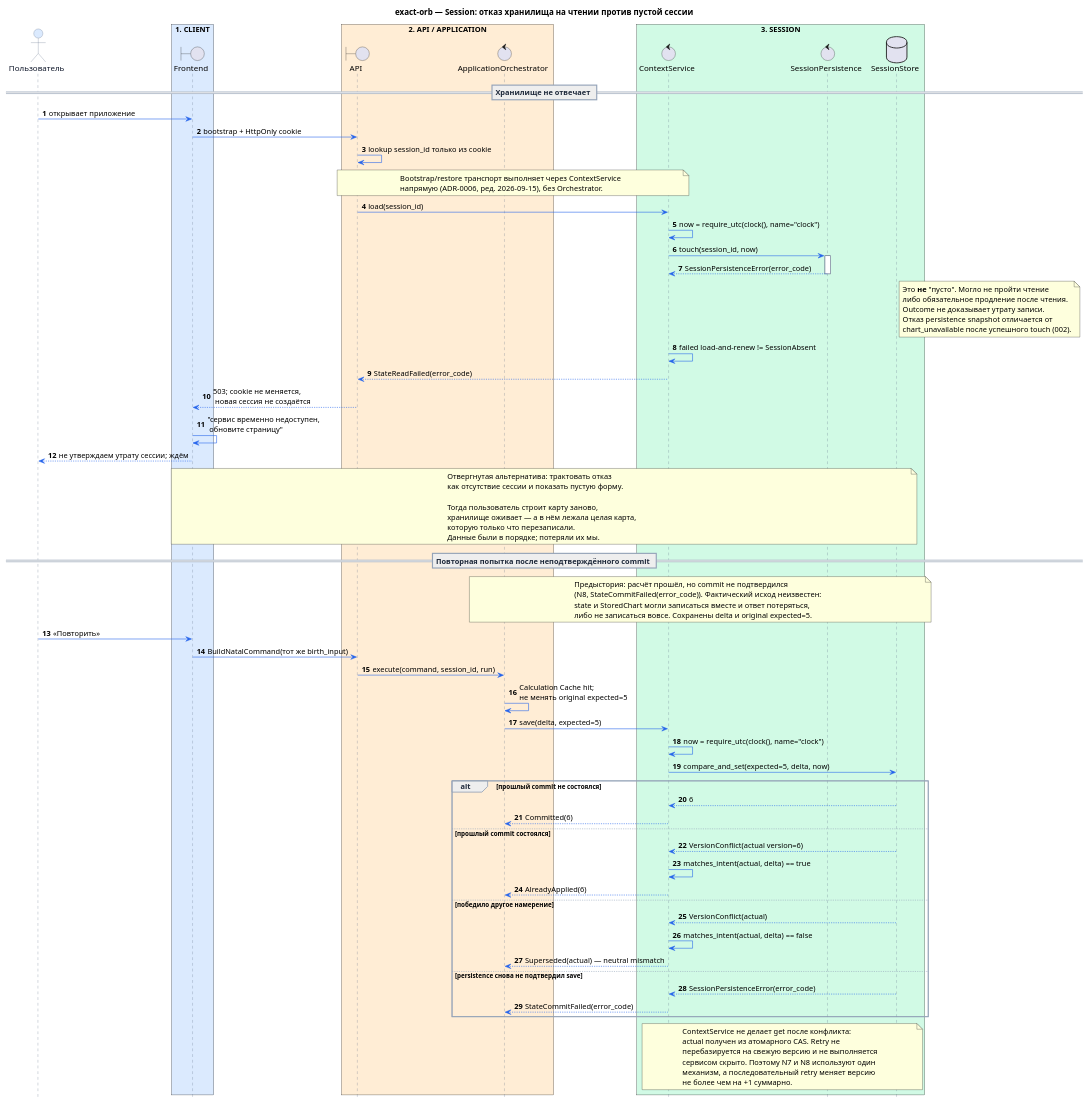
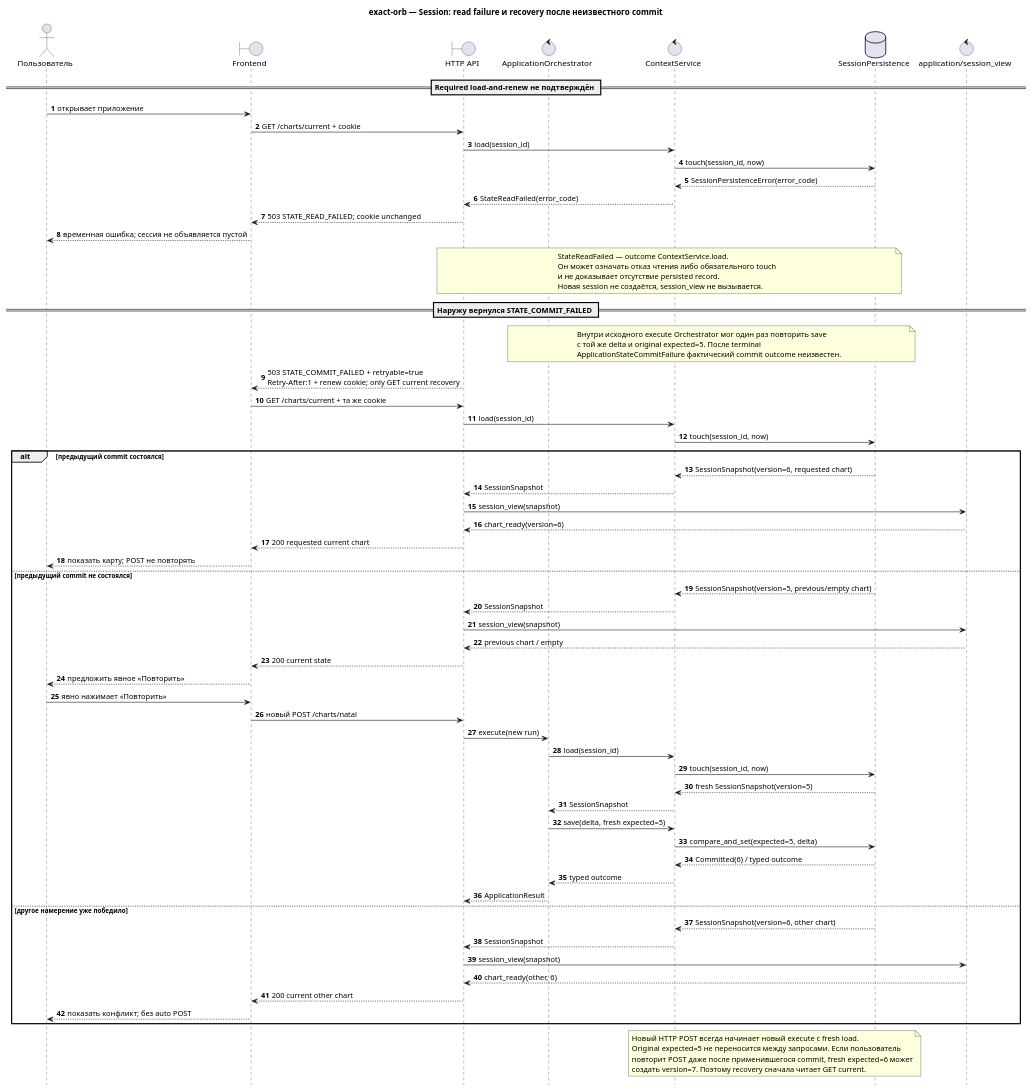
The diagram in docs/sequence_diagrams/session/003-session-store-read-failure.puml (ksenia-baranova/exact-orb-demo), drawn with PlantUML before and after one commit. The commit also changed 36 other files, not shown here.

First line of the commit message:
docs: define HTTP API and session middleware contract

```diff
--- a/docs/sequence_diagrams/session/003-session-store-read-failure.puml
+++ b/docs/sequence_diagrams/session/003-session-store-read-failure.puml
@@ -1,143 +1,91 @@
 @startuml
-title exact-orb — Session: отказ хранилища на чтении против пустой сессии
-
-' N8 описывает отказ при записи. Этот случай — отказ при ЧТЕНИИ,
-' и он опаснее: "не смог ответить" легко перепутать с "пусто",
-' а цена ошибки несимметрична.
+title exact-orb — Session: read failure и recovery после неизвестного commit
 
 autonumber
 hide footbox
-
 skinparam shadowing false
 skinparam responseMessageBelowArrow true
 
-skinparam sequence {
-    ArrowColor #2563EB
-    LifeLineBorderColor #64748B
-    LifeLineBackgroundColor #FFFFFF
+actor "Пользователь" as User
+boundary "Frontend" as FE
+boundary "HTTP API" as API
+control "ApplicationOrchestrator" as Orch
+control "ContextService" as Context
+database "SessionPersistence" as Store
+control "application/session_view" as View
 
-    ParticipantBorderColor #64748B
-    ParticipantFontColor #0F172A
-    ParticipantBackgroundColor #F8FAFC
-
-    ActorBorderColor #64748B
-    ActorFontColor #0F172A
-    ActorBackgroundColor #DBEAFE
-
-    GroupBorderColor #94A3B8
-    GroupHeaderFontColor #1E293B
-
-    DividerBorderColor #94A3B8
-    DividerFontColor #1E293B
-
-    NoteBorderColor #94A3B8
-    NoteBackgroundColor #FFFBEA
-    NoteFontColor #334155
-}
-
-actor "Пользователь" as User
-
-box "1. CLIENT" #DBEAFE
-    boundary "Frontend" as FE
-end box
-
-box "2. API / APPLICATION" #FFEDD5
-    boundary "API" as API
-    control "ApplicationOrchestrator" as Orch
-end box
-
-box "3. SESSION" #D1FAE5
-    control "ContextService" as Context
-    control "SessionPersistence" as Persistence
-    database "SessionStore" as Store
-end box
-
-
-== Хранилище не отвечает ==
+== Required load-and-renew не подтверждён ==
 
 User -> FE : открывает приложение
-FE -> API : bootstrap + HttpOnly cookie
-API -> API : lookup session_id только из cookie
+FE -> API : GET /charts/current + cookie
+API -> Context : load(session_id)
+Context -> Store : touch(session_id, now)
+Store --> Context : SessionPersistenceError(error_code)
+Context --> API : StateReadFailed(error_code)
+API --> FE : 503 STATE_READ_FAILED; cookie unchanged
+FE --> User : временная ошибка; сессия не объявляется пустой
 
-note over API, Context
-Bootstrap/restore транспорт выполняет через ContextService
-напрямую (ADR-0006, ред. 2026-09-15), без Orchestrator.
+note over API, Store
+StateReadFailed — outcome ContextService.load.
+Он может означать отказ чтения либо обязательного touch
+и не доказывает отсутствие persisted record.
+Новая session не создаётся, session_view не вызывается.
 end note
 
-API -> Context : load(session_id)
-Context -> Context : now = require_utc(clock(), name="clock")
-Context -> Persistence : touch(session_id, now)
-activate Persistence
-Persistence --> Context : SessionPersistenceError(error_code)
-deactivate Persistence
+== Наружу вернулся STATE_COMMIT_FAILED ==
 
-note right of Store
-Это **не** "пусто". Могло не пройти чтение
-либо обязательное продление после чтения.
-Outcome не доказывает утрату записи.
-Отказ persistence snapshot отличается от
-chart_unavailable после успешного touch (002).
+note over Orch, Store
+Внутри исходного execute Orchestrator мог один раз повторить save
+с той же delta и original expected=5. После terminal
+ApplicationStateCommitFailure фактический commit outcome неизвестен.
 end note
 
-Context -> Context : failed load-and-renew != SessionAbsent
-Context --> API : StateReadFailed(error_code)
+API --> FE : 503 STATE_COMMIT_FAILED + retryable=true\nRetry-After:1 + renew cookie; only GET current recovery
+FE -> API : GET /charts/current + та же cookie
+API -> Context : load(session_id)
+Context -> Store : touch(session_id, now)
 
-API --> FE : 503; cookie не меняется,\n новая сессия не создаётся
-FE -> FE : "сервис временно недоступен,\n обновите страницу"
-FE --> User : не утверждаем утрату сессии; ждём
+alt предыдущий commit состоялся
+    Store --> Context : SessionSnapshot(version=6, requested chart)
+    Context --> API : SessionSnapshot
+    API -> View : session_view(snapshot)
+    View --> API : chart_ready(version=6)
+    API --> FE : 200 requested current chart
+    FE --> User : показать карту; POST не повторять
+else предыдущий commit не состоялся
+    Store --> Context : SessionSnapshot(version=5, previous/empty chart)
+    Context --> API : SessionSnapshot
+    API -> View : session_view(snapshot)
+    View --> API : previous chart / empty
+    API --> FE : 200 current state
+    FE --> User : предложить явное «Повторить»
 
-note over FE, Store
-Отвергнутая альтернатива: трактовать отказ
-как отсутствие сессии и показать пустую форму.
-
-Тогда пользователь строит карту заново,
-хранилище оживает — а в нём лежала целая карта,
-которую только что перезаписали.
-Данные были в порядке; потеряли их мы.
-end note
-
-
-== Повторная попытка после неподтверждённого commit ==
-
-note over Orch, Store
-Предыстория: расчёт прошёл, но commit не подтвердился
-(N8, StateCommitFailed(error_code)). Фактический исход неизвестен:
-state и StoredChart могли записаться вместе и ответ потеряться,
-либо не записаться вовсе. Сохранены delta и original expected=5.
-end note
-
-User -> FE : «Повторить»
-FE -> API : BuildNatalCommand(тот же birth_input)
-API -> Orch : execute(command, session_id, run)
-
-Orch -> Orch : Calculation Cache hit;\nне менять original expected=5
-Orch -> Context : save(delta, expected=5)
-Context -> Context : now = require_utc(clock(), name="clock")
-Context -> Store : compare_and_set(expected=5, delta, now)
-
-alt прошлый commit не состоялся
-    Store --> Context : 6
-    Context --> Orch : Committed(6)
-else прошлый commit состоялся
-    Store --> Context : VersionConflict(actual version=6)
-    Context -> Context : matches_intent(actual, delta) == true
-    Context --> Orch : AlreadyApplied(6)
-else победило другое намерение
-    Store --> Context : VersionConflict(actual)
-    Context -> Context : matches_intent(actual, delta) == false
-    Context --> Orch : Superseded(actual) — neutral mismatch
-else persistence снова не подтвердил save
-    Store --> Context : SessionPersistenceError(error_code)
-    Context --> Orch : StateCommitFailed(error_code)
+    User -> FE : явно нажимает «Повторить»
+    FE -> API : новый POST /charts/natal
+    API -> Orch : execute(new run)
+    Orch -> Context : load(session_id)
+    Context -> Store : touch(session_id, now)
+    Store --> Context : fresh SessionSnapshot(version=5)
+    Context --> Orch : SessionSnapshot
+    Orch -> Context : save(delta, fresh expected=5)
+    Context -> Store : compare_and_set(expected=5, delta)
+    Store --> Context : Committed(6) / typed outcome
+    Context --> Orch : typed outcome
+    Orch --> API : ApplicationResult
+else другое намерение уже победило
+    Store --> Context : SessionSnapshot(version=6, other chart)
+    Context --> API : SessionSnapshot
+    API -> View : session_view(snapshot)
+    View --> API : chart_ready(other, 6)
+    API --> FE : 200 current other chart
+    FE --> User : показать конфликт; без auto POST
 end
 
 note over Context, Store
-ContextService не делает get после конфликта:
-actual получен из атомарного CAS. Retry не
-перебазируется на свежую версию и не выполняется
-сервисом скрыто. Поэтому N7 и N8 используют один
-механизм, а последовательный retry меняет версию
-не более чем на +1 суммарно.
+Новый HTTP POST всегда начинает новый execute с fresh load.
+Original expected=5 не переносится между запросами. Если пользователь
+повторит POST даже после применившегося commit, fresh expected=6 может
+создать version=7. Поэтому recovery сначала читает GET current.
 end note
 
 @enduml
```
